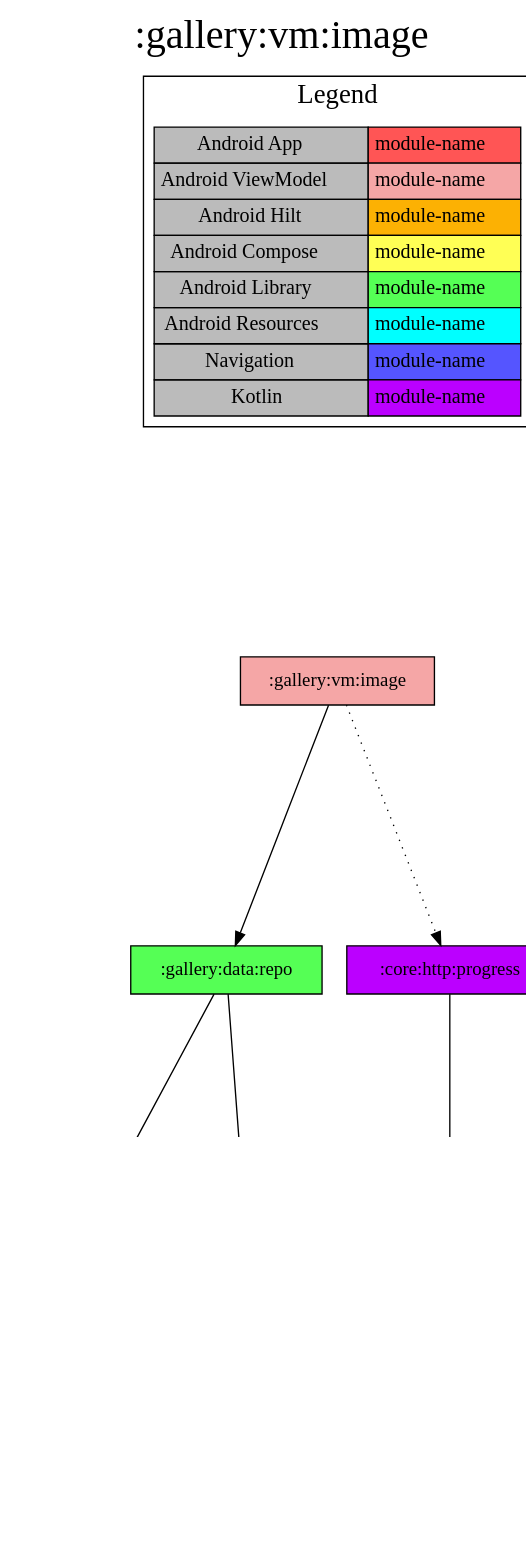
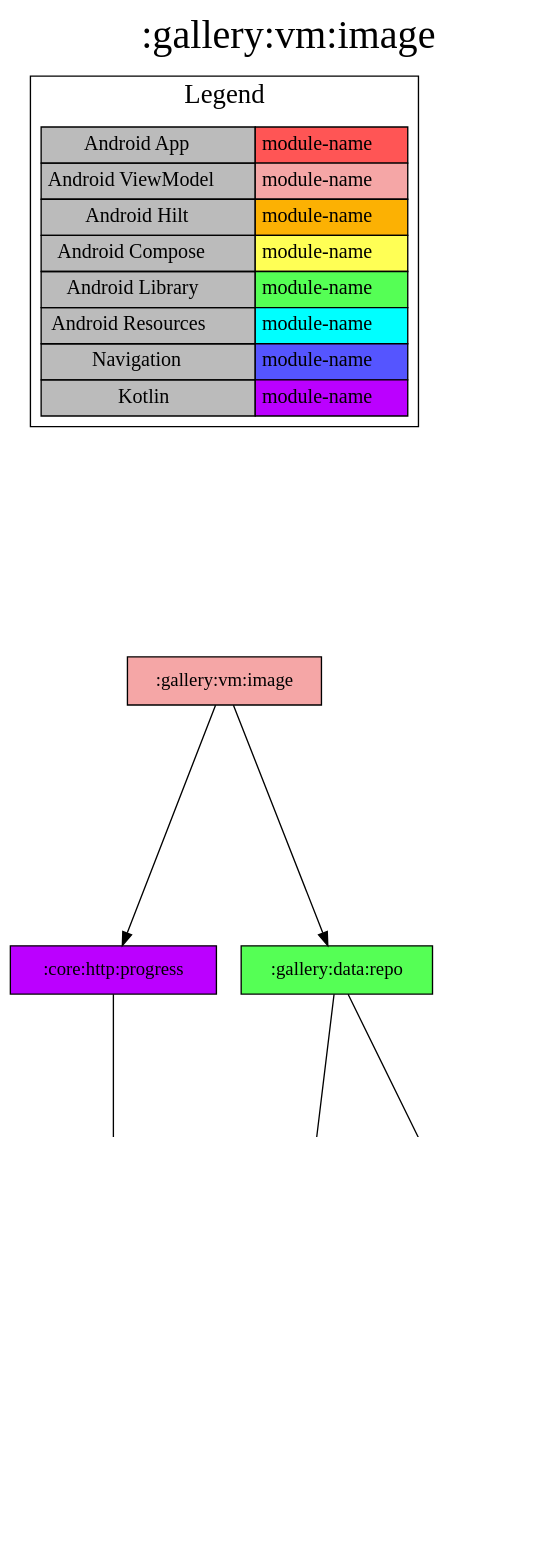
One commit to jonapoul/nasa-android changed the diagram in modules/gallery/vm/image/project-dependency-graph.dot. Above: the diagram before and after it, drawn with Graphviz. The commit also changed 70 other files, not shown here.

```diff
--- a/modules/gallery/vm/image/project-dependency-graph.dot
+++ b/modules/gallery/vm/image/project-dependency-graph.dot
@@ -1,39 +1,39 @@
 digraph {
 edge ["dir"="forward"]
 graph ["dpi"="100","label"=":gallery:vm:image","labelloc"="t","fontsize"="30","ranksep"="2.5","rankdir"="TB"]
 node ["style"="filled"]
 ":gallery:vm:image" ["fillcolor"="#F5A6A6","shape"="box"]
+":core:http:progress" ["fillcolor"="#BB00FF","shape"="box"]
+":core:model" ["fillcolor"="#BB00FF","shape"="box"]
 ":gallery:data:repo" ["fillcolor"="#55FF55","shape"="box"]
 ":db:gallery" ["fillcolor"="#BB00FF","shape"="box"]
 ":gallery:model" ["fillcolor"="#BB00FF","shape"="box"]
 ":gallery:data:api" ["fillcolor"="#BB00FF","shape"="box"]
-":core:http:progress" ["fillcolor"="#BB00FF","shape"="box"]
-":core:model" ["fillcolor"="#BB00FF","shape"="box"]
 {
 edge ["dir"="none"]
 graph ["rank"="same"]
 }
+":gallery:vm:image" -> ":core:http:progress"
 ":gallery:vm:image" -> ":gallery:data:repo"
-":gallery:vm:image" -> ":core:http:progress" ["style"="dotted"]
+":core:http:progress" -> ":core:model"
 ":gallery:data:repo" -> ":db:gallery"
 ":gallery:data:repo" -> ":gallery:data:api"
 ":db:gallery" -> ":gallery:model"
 ":gallery:data:api" -> ":gallery:model"
-":core:http:progress" -> ":core:model"
 subgraph "cluster_legend" {
 edge ["dir"="none"]
 graph ["label"="Legend","fontsize"="20"]
 "Legend" ["style"="filled","fillcolor"="#bbbbbb","shape"="none","margin"="0","fontsize"="15","label"=<
 <TABLE BORDER="0" CELLBORDER="1" CELLSPACING="0" CELLPADDING="4">
 <TR><TD>Android App</TD><TD BGCOLOR="#FF5555">module-name</TD></TR>
 <TR><TD>Android ViewModel</TD><TD BGCOLOR="#F5A6A6">module-name</TD></TR>
 <TR><TD>Android Hilt</TD><TD BGCOLOR="#FCB103">module-name</TD></TR>
 <TR><TD>Android Compose</TD><TD BGCOLOR="#FFFF55">module-name</TD></TR>
 <TR><TD>Android Library</TD><TD BGCOLOR="#55FF55">module-name</TD></TR>
 <TR><TD>Android Resources</TD><TD BGCOLOR="#00FFFF">module-name</TD></TR>
 <TR><TD>Navigation</TD><TD BGCOLOR="#5555FF">module-name</TD></TR>
 <TR><TD>Kotlin</TD><TD BGCOLOR="#BB00FF">module-name</TD></TR>
 </TABLE>
 >]
 } -> ":gallery:vm:image" ["style"="invis"]
 }
```
